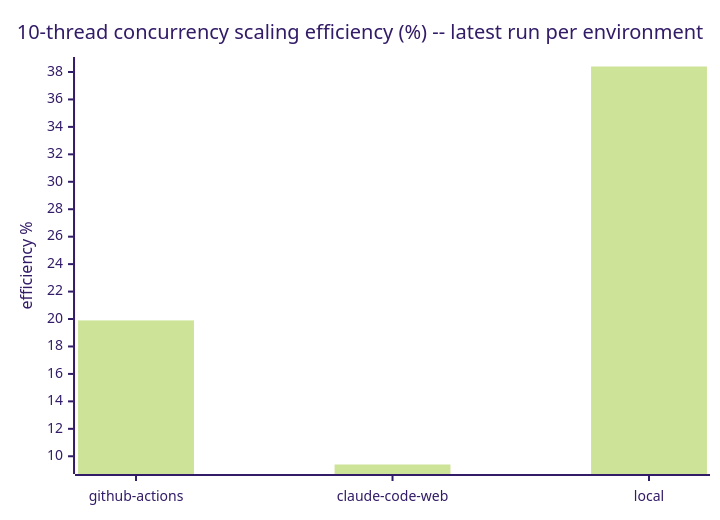
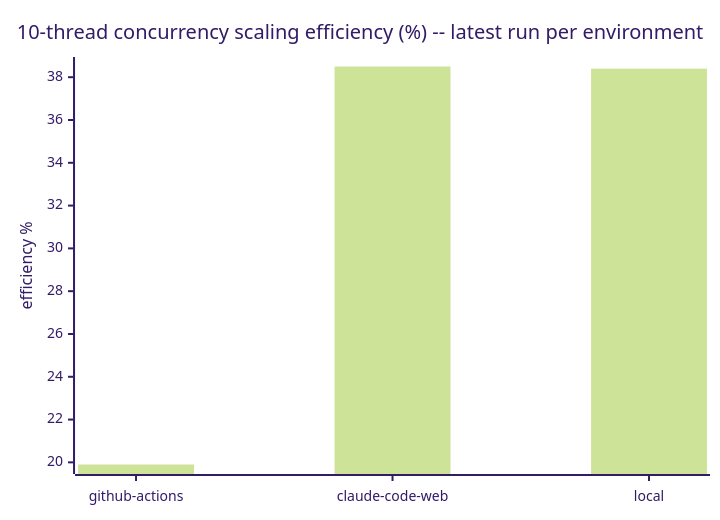
Before and after one commit to cpb/duckling: the fifth of 5 diagrams in docs/benchmarks/README.md, drawn with Mermaid (forest theme). The commit also changed other lines of this file and 1 other file, not shown here.

First line of the commit message:
Record claude-code-web benchmark for PR #50 (post-#64 dispatch schema) [benchmark-record]

````diff
--- a/docs/benchmarks/README.md
+++ b/docs/benchmarks/README.md
@@ -121,7 +143,7 @@
 ```mermaid
 xychart-beta
     title "10-thread concurrency scaling efficiency (%) -- latest run per environment"
     x-axis [github-actions, claude-code-web, local]
     y-axis "efficiency %"
-    bar "efficiency_pct" [19.9, 9.4, 38.4]
+    bar "efficiency_pct" [19.9, 38.5, 38.4]
 ```
````
